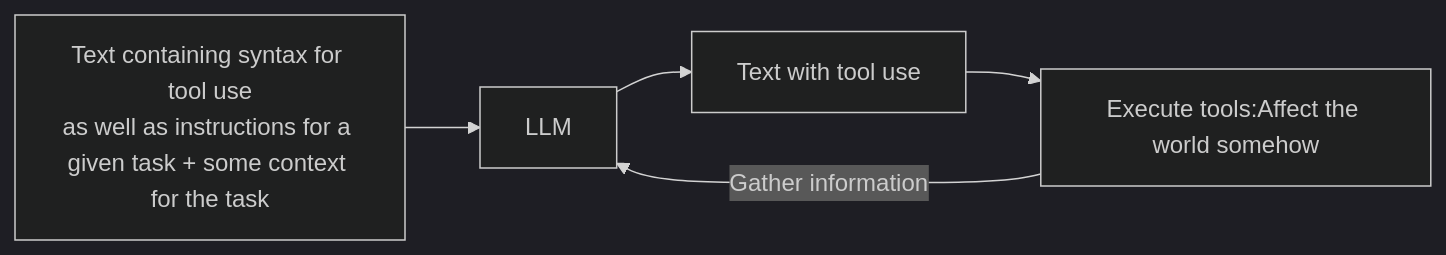
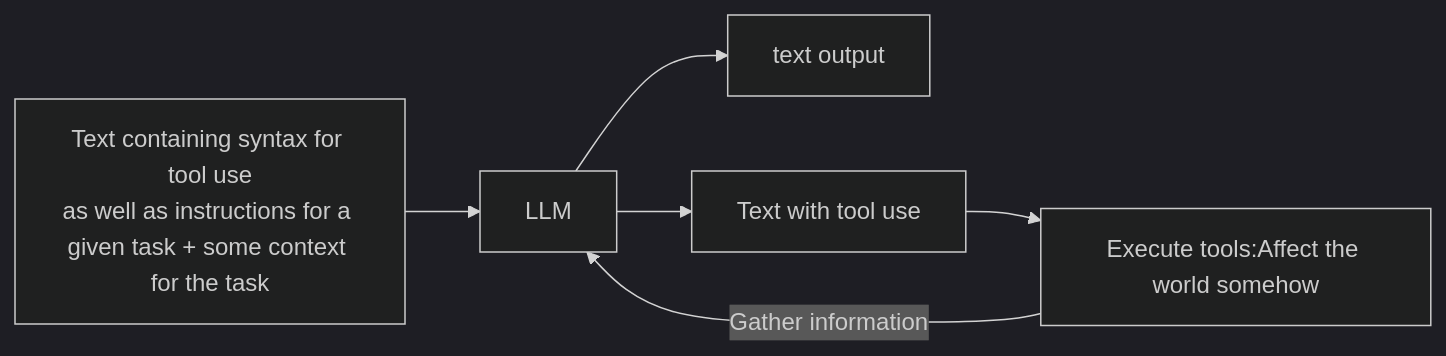
Before and after one commit to BrutLogic/Post: the eighth of 11 diagrams in README.md, drawn with Mermaid (dark theme). The commit also changed other lines of this file, not shown here.

````diff
--- a/README.md
+++ b/README.md
@@ -422,7 +198,11 @@
 ```mermaid
 graph LR
     A[Text containing syntax for tool use<br />as well as instructions for a given task + some context for the task] --> B[LLM]
+    B --> E["text output"]
     B --> C[Text with tool use]
+    
+
     C --> D[Execute tools:Affect the world somehow]
+
     D --Gather information--> B
 ```
````
